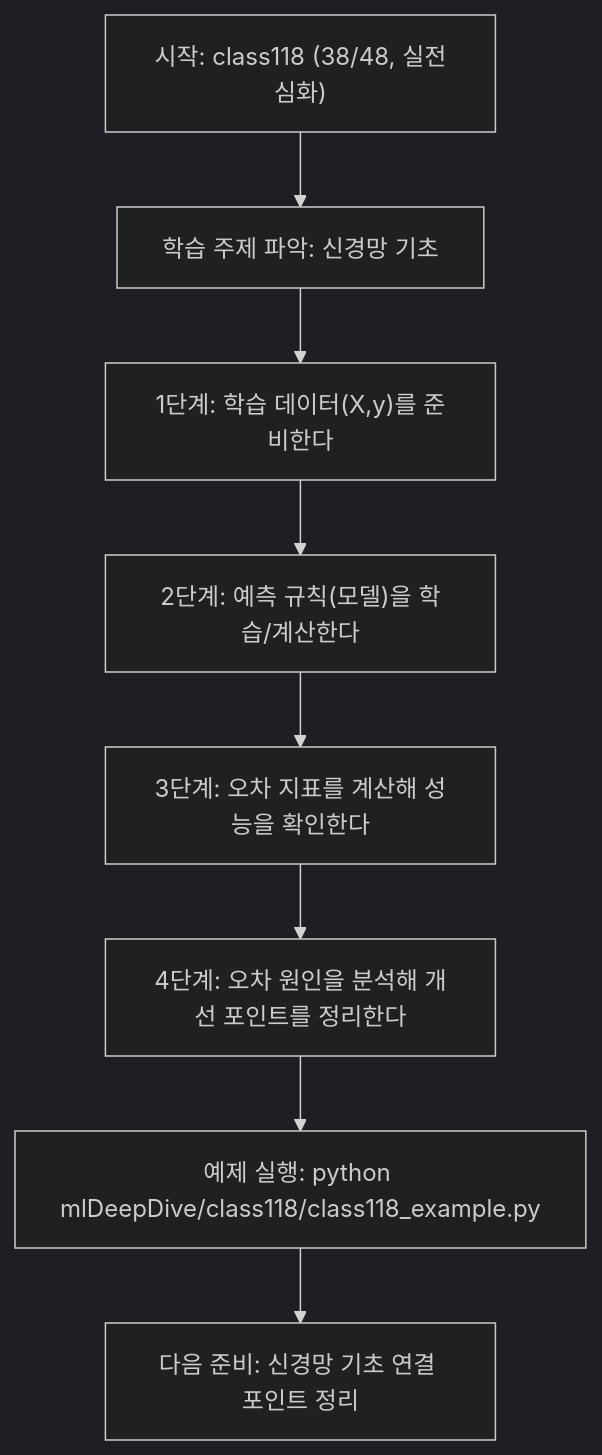
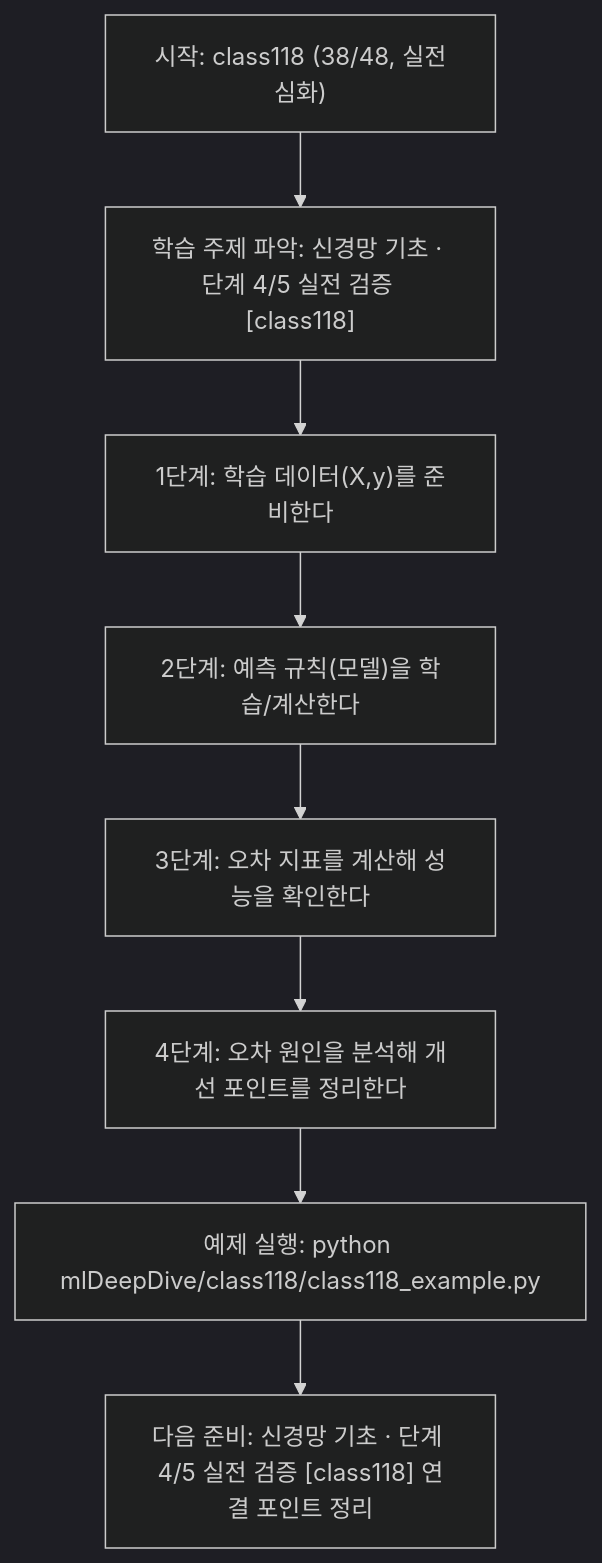
One commit to edumgt/Python-AI_Agent-Class changed the diagram in mlDeepDive/class118/class118.md. Above: the diagram before and after it, drawn with Mermaid (dark theme). The commit also changed other lines of this file and 522 other files, not shown here.

````diff
--- a/mlDeepDive/class118/class118.md
+++ b/mlDeepDive/class118/class118.md
@@ -108,18 +109,18 @@
 ```mermaid
 flowchart TD
 N1["시작: class118 (38/48, 실전심화)"]
-N2["학습 주제 파악: 신경망 기초"]
+N2["학습 주제 파악: 신경망 기초 · 단계 4/5 실전 검증 [class118]"]
 N3["1단계: 학습 데이터(X,y)를 준비한다"]
 N4["2단계: 예측 규칙(모델)을 학습/계산한다"]
 N5["3단계: 오차 지표를 계산해 성능을 확인한다"]
 N6["4단계: 오차 원인을 분석해 개선 포인트를 정리한다"]
 N7["예제 실행: python mlDeepDive/class118/class118_example.py"]
-N8["다음 준비: 신경망 기초 연결 포인트 정리"]
+N8["다음 준비: 신경망 기초 · 단계 4/5 실전 검증 [class118] 연결 포인트 정리"]
 N1 --> N2
 N2 --> N3
 N3 --> N4
 N4 --> N5
 N5 --> N6
 N6 --> N7
 N7 --> N8
 ```
````
